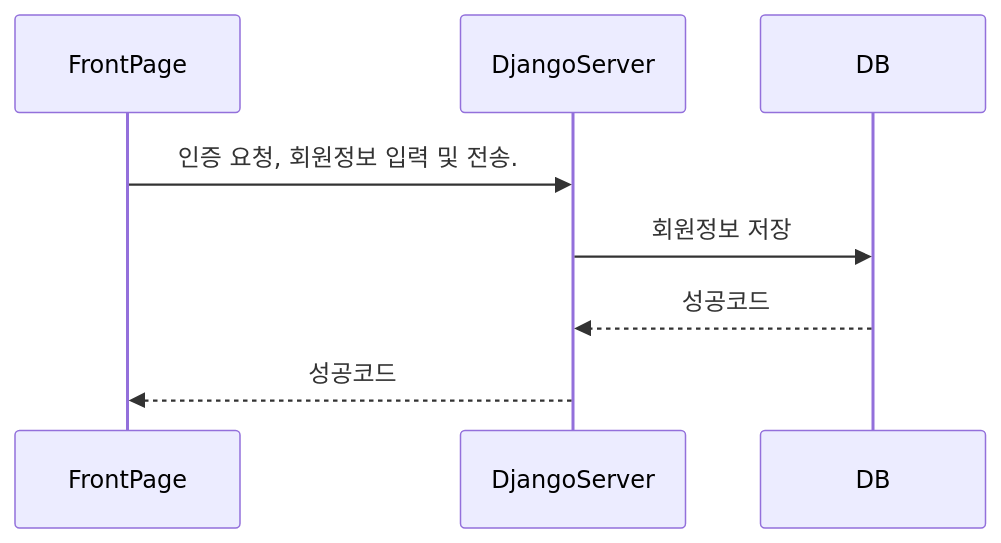
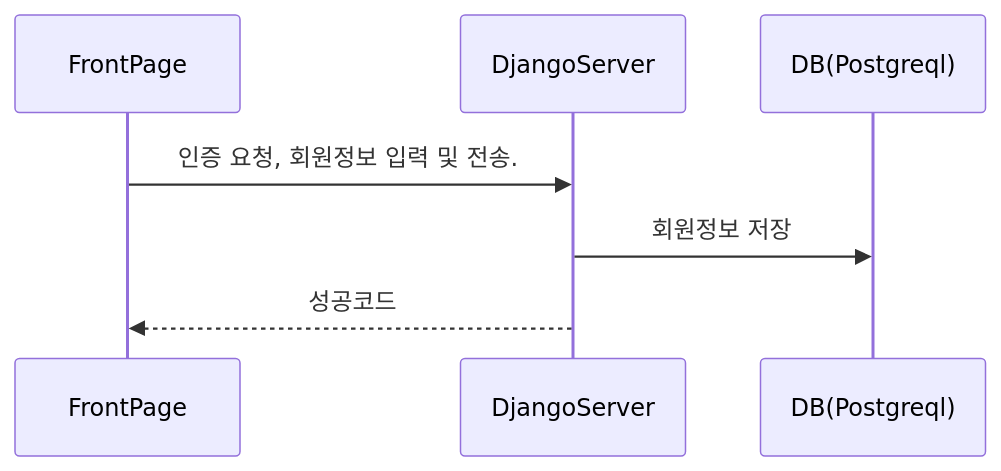
Before and after one commit to seulki119/D-Link: the fourth of 9 diagrams in 참고자료/시퀸스 다이어그램.md, drawn with Mermaid. The commit also changed other lines of this file and 30 other files, not shown here.

`````diff
--- a/참고자료/시퀸스 다이어그램.md
+++ b/참고자료/시퀸스 다이어그램.md
@@ -48,14 +66,13 @@
 ````mermaid
 sequenceDiagram
 
 
 
 FrontPage ->> DjangoServer : 인증 요청, 회원정보 입력 및 전송. 
 
-DjangoServer ->> DB : 회원정보 저장
-DB -->> DjangoServer : 성공코드
+DjangoServer ->> DB(Postgreql) : 회원정보 저장
 DjangoServer -->> FrontPage : 성공코드
 
 
 
 ````
`````
